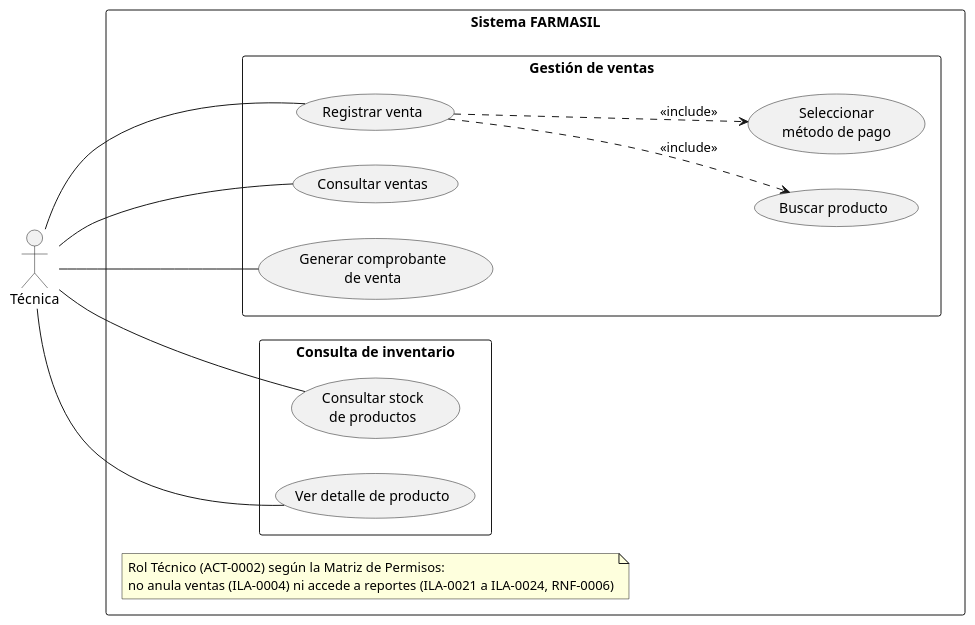
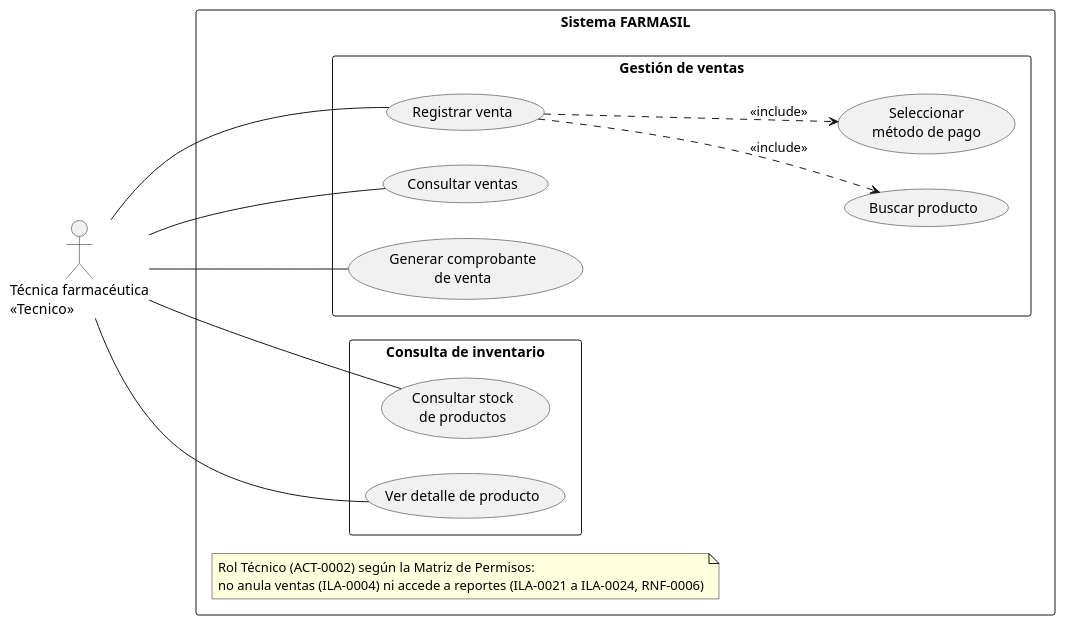
Before and after one commit to Luis-Ayben-Chahua-Charca/Farmasil_App: the diagram in docs/diagramas/plaintext-CasosUso/CU-02_Actor_Tecnica.puml, drawn with PlantUML. The commit also changed 15 other files, not shown here.

```diff
--- a/docs/diagramas/plaintext-CasosUso/CU-02_Actor_Tecnica.puml
+++ b/docs/diagramas/plaintext-CasosUso/CU-02_Actor_Tecnica.puml
@@ -1,36 +1,36 @@
 @startuml
 left to right direction
 
-actor "Técnica" as Tecnica
+actor "Técnica farmacéutica\n<<Tecnico>>" as Tecnica
 
 rectangle "Sistema FARMASIL" {
 
     rectangle "Gestión de ventas" {
         usecase "Registrar venta" as V1
         usecase "Consultar ventas" as V2
         usecase "Generar comprobante\nde venta" as V4
 
         usecase "Buscar producto" as V5
         usecase "Seleccionar\nmétodo de pago" as V6
 
         V1 ..> V5 : <<include>>
         V1 ..> V6 : <<include>>
     }
 
     note "Rol Técnico (ACT-0002) según la Matriz de Permisos:\nno anula ventas (ILA-0004) ni accede a reportes (ILA-0021 a ILA-0024, RNF-0006)" as N1
 
     rectangle "Consulta de inventario" {
         usecase "Consultar stock\nde productos" as I1
         usecase "Ver detalle de producto" as I2
     }
 
 }
 
 Tecnica -- V1
 Tecnica -- V2
 Tecnica -- V4
 
 Tecnica -- I1
 Tecnica -- I2
 
 @enduml
```
